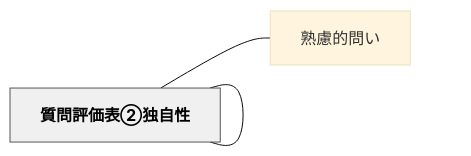
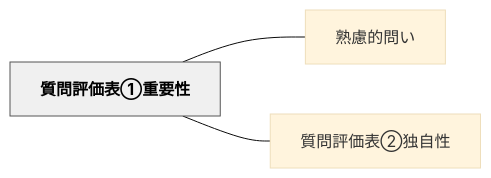
One commit to unknownthings-ed-patterns/unknownthings-ed-patterns changed the diagram in content/パタン/質問評価表①重要性.md. Above: the diagram before and after it, drawn with Mermaid (base theme). The commit also changed 527 other files, not shown here.

````diff
--- a/content/パタン/質問評価表①重要性.md
+++ b/content/パタン/質問評価表①重要性.md
@@ -47,12 +47,12 @@
 ```mermaid
 flowchart LR
-    ne8b3aae5958f["質問評価表①重要性"]
-    ne7869fe685ae["熟慮的問い"]
-    ne8b3aae5958f["質問評価表②独自性"]
+    ne8b3aae5958fe8a995e4bea1e8a1a8e291a0e9878de8a681e680a7["質問評価表①重要性"]
+    ne7869fe685aee79a84e5958fe38184["熟慮的問い"]
+    ne8b3aae5958fe8a995e4bea1e8a1a8e291a1e78bace887aae680a7["質問評価表②独自性"]
 
-    ne8b3aae5958f --- ne7869fe685ae
-    ne8b3aae5958f --- ne8b3aae5958f
+    ne8b3aae5958fe8a995e4bea1e8a1a8e291a0e9878de8a681e680a7 --- ne7869fe685aee79a84e5958fe38184
+    ne8b3aae5958fe8a995e4bea1e8a1a8e291a0e9878de8a681e680a7 --- ne8b3aae5958fe8a995e4bea1e8a1a8e291a1e78bace887aae680a7
 
     classDef hub fill:#f0f0f0,stroke:#555,color:#000,font-weight:bold
-    class ne8b3aae5958f hub
+    class ne8b3aae5958fe8a995e4bea1e8a1a8e291a0e9878de8a681e680a7 hub
 ```
````
